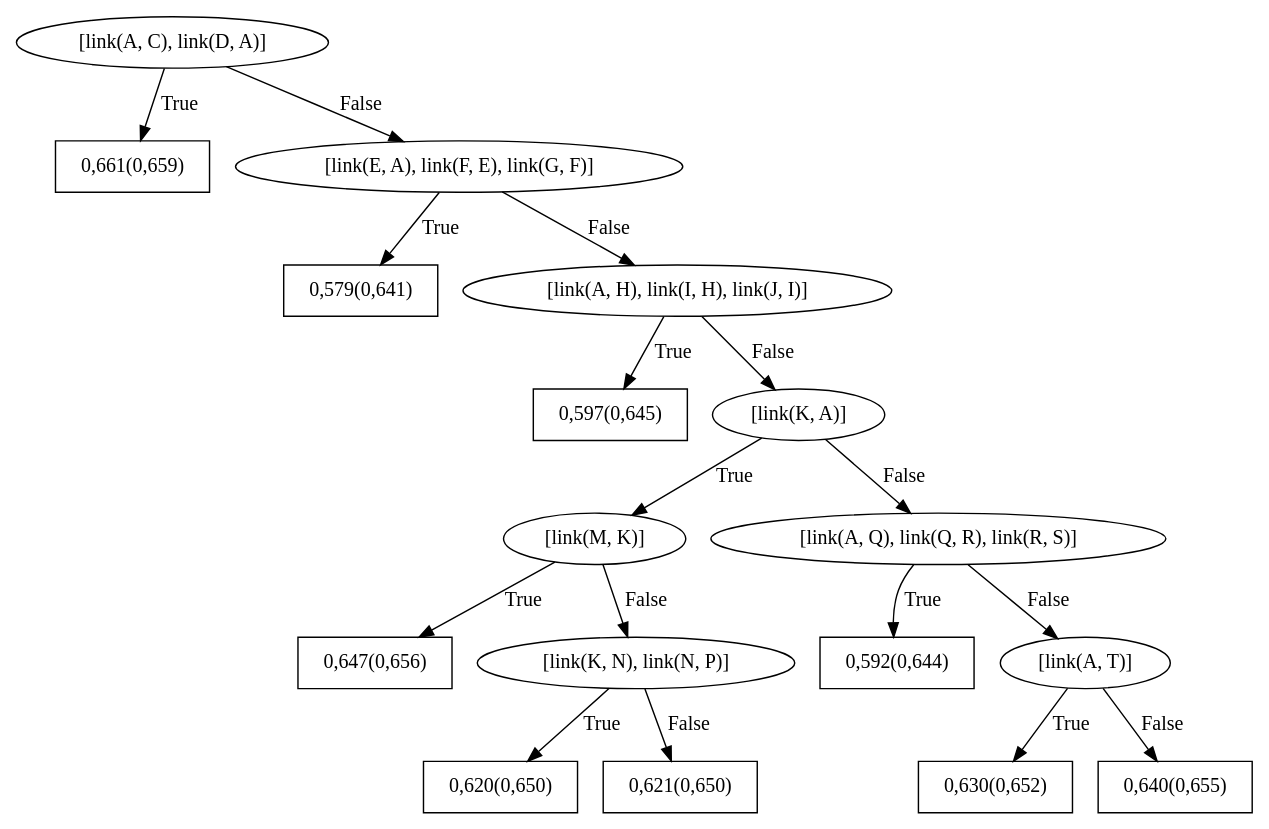
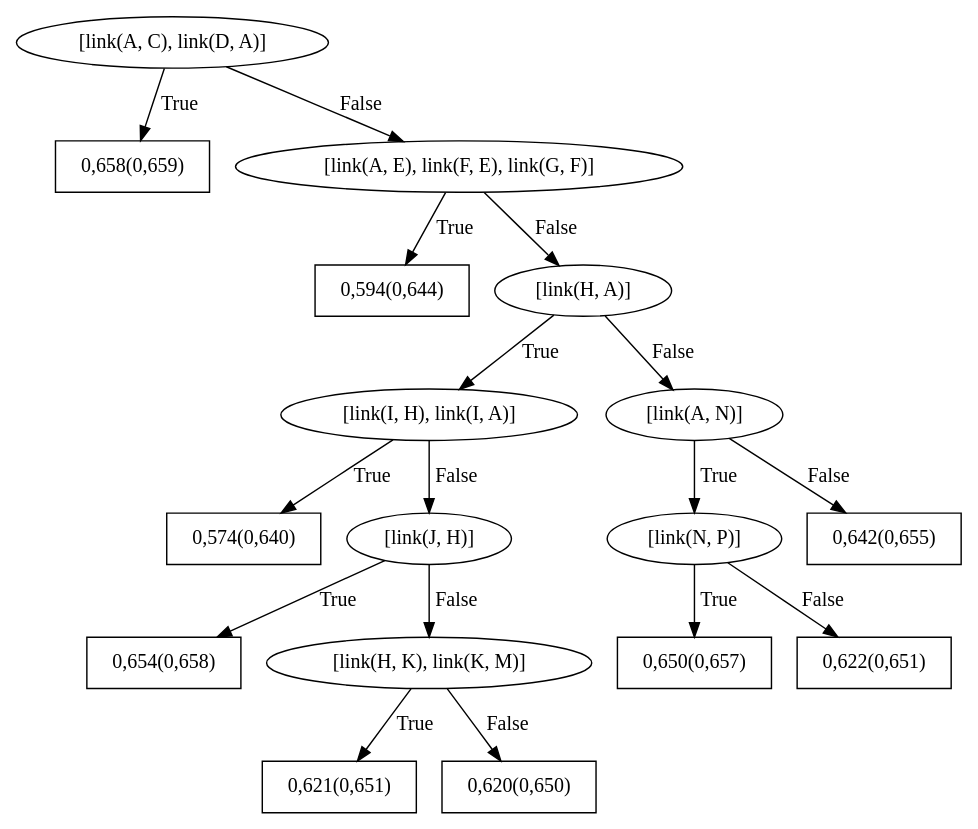
The diagram in SRLBoost/data/citeseer/train/models/bRDNs/dotFiles/WILLTreeFor_hasCat1.dot (GabrielaPC/Trabalho-SRL), drawn with Graphviz before and after one commit. The commit also changed 63 other files, not shown here.

```diff
--- a/SRLBoost/data/citeseer/train/models/bRDNs/dotFiles/WILLTreeFor_hasCat1.dot
+++ b/SRLBoost/data/citeseer/train/models/bRDNs/dotFiles/WILLTreeFor_hasCat1.dot
@@ -1,35 +1,35 @@
 digraph G{ 
 1[label = "[link(A, C), link(D, A)]"];
 1 -> 2[label="True"];
 1 -> 3[label="False"];
-2[shape = box,label = "0,661(0,659)"];
-3[label = "[link(E, A), link(F, E), link(G, F)]"];
+2[shape = box,label = "0,658(0,659)"];
+3[label = "[link(A, E), link(F, E), link(G, F)]"];
 3 -> 4[label="True"];
 3 -> 5[label="False"];
-4[shape = box,label = "0,579(0,641)"];
-5[label = "[link(A, H), link(I, H), link(J, I)]"];
+4[shape = box,label = "0,594(0,644)"];
+5[label = "[link(H, A)]"];
 5 -> 6[label="True"];
 5 -> 7[label="False"];
-6[shape = box,label = "0,597(0,645)"];
-7[label = "[link(K, A)]"];
-7 -> 8[label="True"];
-7 -> 9[label="False"];
-8[label = "[link(M, K)]"];
-8 -> 10[label="True"];
-8 -> 11[label="False"];
-10[shape = box,label = "0,647(0,656)"];
-11[label = "[link(K, N), link(N, P)]"];
+6[label = "[link(I, H), link(I, A)]"];
+6 -> 8[label="True"];
+6 -> 9[label="False"];
+8[shape = box,label = "0,574(0,640)"];
+9[label = "[link(J, H)]"];
+9 -> 10[label="True"];
+9 -> 11[label="False"];
+10[shape = box,label = "0,654(0,658)"];
+11[label = "[link(H, K), link(K, M)]"];
 11 -> 12[label="True"];
 11 -> 13[label="False"];
-12[shape = box,label = "0,620(0,650)"];
-13[shape = box,label = "0,621(0,650)"];
-9[label = "[link(A, Q), link(Q, R), link(R, S)]"];
-9 -> 14[label="True"];
-9 -> 15[label="False"];
-14[shape = box,label = "0,592(0,644)"];
-15[label = "[link(A, T)]"];
-15 -> 16[label="True"];
-15 -> 17[label="False"];
-16[shape = box,label = "0,630(0,652)"];
-17[shape = box,label = "0,640(0,655)"];
+12[shape = box,label = "0,621(0,651)"];
+13[shape = box,label = "0,620(0,650)"];
+7[label = "[link(A, N)]"];
+7 -> 14[label="True"];
+7 -> 15[label="False"];
+14[label = "[link(N, P)]"];
+14 -> 16[label="True"];
+14 -> 17[label="False"];
+16[shape = box,label = "0,650(0,657)"];
+17[shape = box,label = "0,622(0,651)"];
+15[shape = box,label = "0,642(0,655)"];
 }
```
